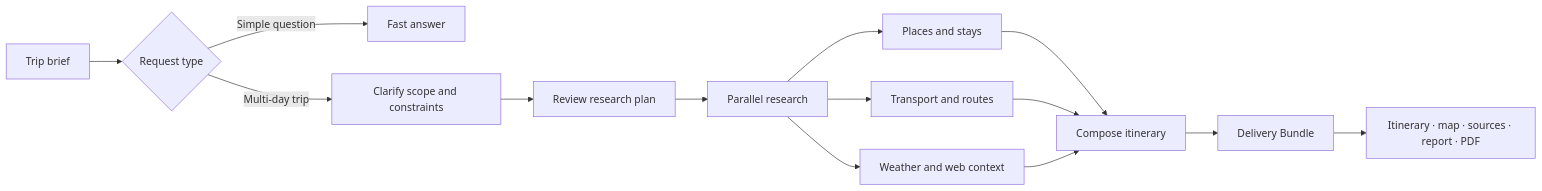
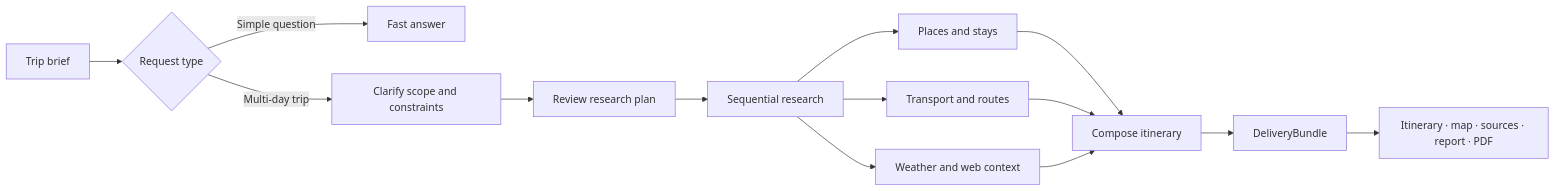
Before and after one commit to Lagom-TA/JourneyPilot: the diagram in README.md, drawn with Mermaid. The commit also changed other lines of this file and 2 other files, not shown here.

````diff
--- a/README.md
+++ b/README.md
@@ -199,16 +143,16 @@
 ```mermaid
 flowchart LR
     Brief["Trip brief"] --> Route{"Request type"}
     Route -->|Simple question| Fast["Fast answer"]
     Route -->|Multi-day trip| Clarify["Clarify scope and constraints"]
     Clarify --> Approve["Review research plan"]
-    Approve --> Research["Parallel research"]
+    Approve --> Research["Sequential research"]
     Research --> Places["Places and stays"]
     Research --> Transport["Transport and routes"]
     Research --> Context["Weather and web context"]
     Places --> Compose["Compose itinerary"]
     Transport --> Compose
     Context --> Compose
-    Compose --> Delivery["Delivery Bundle"]
+    Compose --> Delivery["DeliveryBundle"]
     Delivery --> Workspace["Itinerary · map · sources · report · PDF"]
 ```
````
